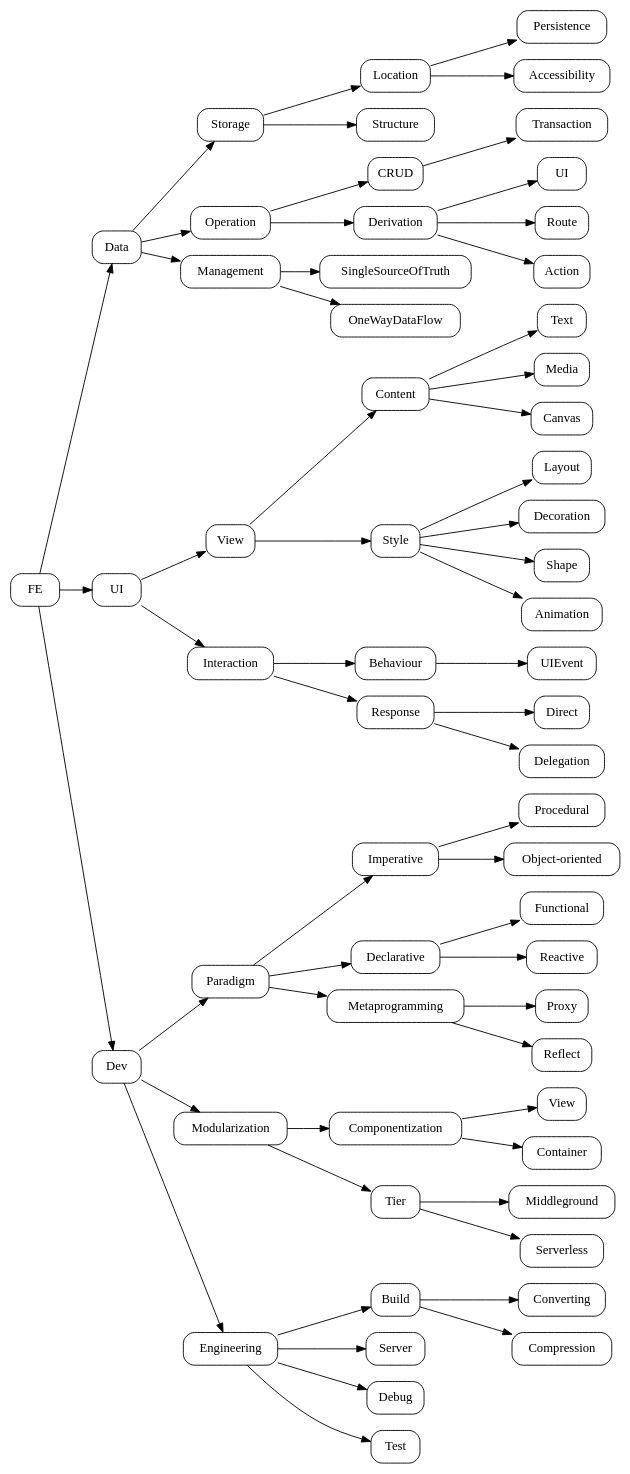
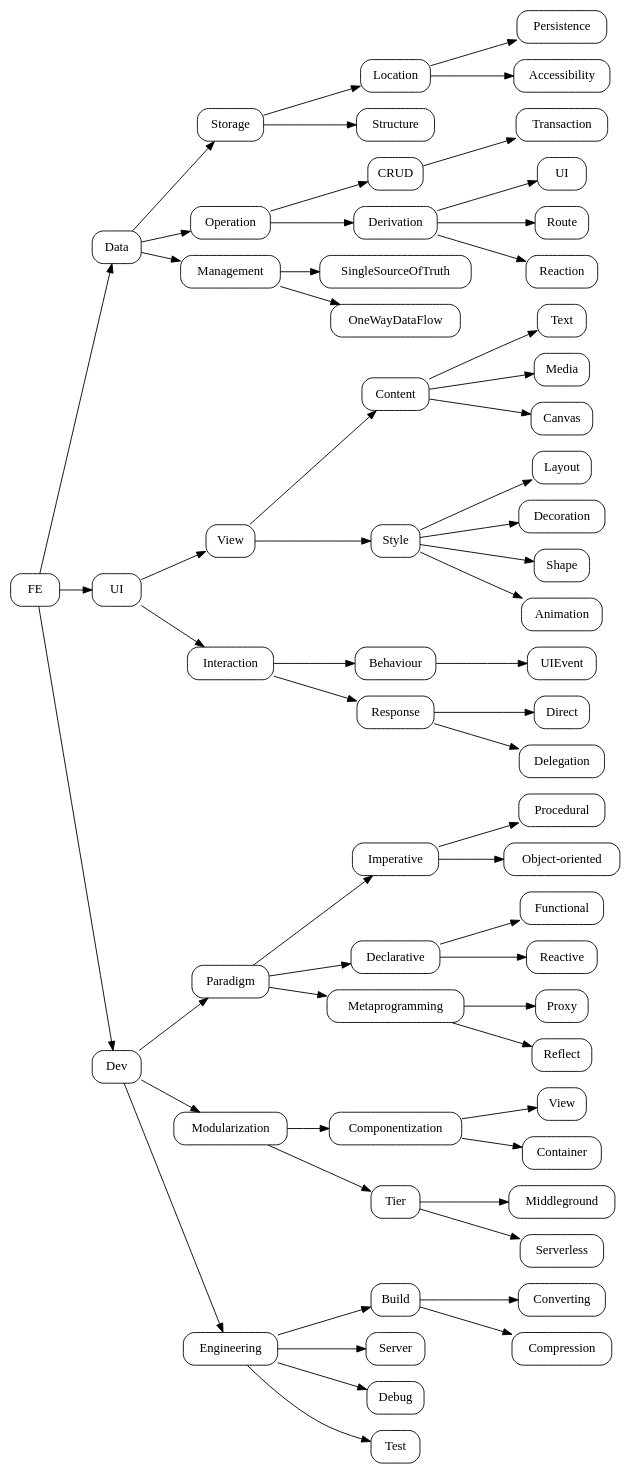
One commit to xhlsrj/psychic-journey changed the diagram in FE.TechArea.dot. Above: the diagram before and after it, drawn with Graphviz.

```diff
--- a/FE.TechArea.dot
+++ b/FE.TechArea.dot
@@ -1,106 +1,106 @@
 digraph FE{
   rankdir=LR
   node [shape="box",style="rounded"]
   {
     "Data.Data"[label="Data"]
     "UI.UI"[label="UI"]
     "Dev.Dev"[label="Dev"]
   }
 
   FE->{"Data.Data","UI.UI","Dev.Dev"}
 
   // Data
   {
     "Data.Storage"[label="Storage"]
       "Data.Location"[label="Location"]
         "Data.Persistence"[label="Persistence"]
         "Data.Accessibility"[label="Accessibility"]
       "Data.Structure"[label="Structure"]
     "Data.Operation"[label="Operation"]
       "Data.CRUD"[label="CRUD"]
       "Data.Transaction"[label="Transaction"]
       "Data.Derivation"[label="Derivation"]
         "Data.UI"[label="UI"]
         "Data.Route"[label="Route"]
-        "Data.Action"[label="Action"]
+        "Data.Reaction"[label="Reaction"]
     "Data.Management"[label="Management"]
       "Data.SingleSourceOfTruth"[label="SingleSourceOfTruth"]
       "Data.OneWayDataFlow"[label="OneWayDataFlow"]
   }
 
   {"Data.Data"}->{"Data.Storage","Data.Operation","Data.Management"}
     {"Data.Storage"}->{"Data.Location","Data.Structure"}
       {"Data.Location"}->{"Data.Persistence","Data.Accessibility"}
     {"Data.Operation"}->{"Data.CRUD","Data.Derivation"}
       {"Data.CRUD"}->{"Data.Transaction"}
-      {"Data.Derivation"}->{"Data.UI","Data.Route","Data.Action"}
+      {"Data.Derivation"}->{"Data.UI","Data.Route","Data.Reaction"}
     {"Data.Management"}->{"Data.SingleSourceOfTruth","Data.OneWayDataFlow"}
 
 
   // UI
   {
     "UI.View"[label="View"]
       "UI.Content"[label="Content"]
         "UI.Text"[label="Text"]
         "UI.Media"[label="Media"]
         "UI.Canvas"[label="Canvas"]
       "UI.Style"[label="Style"]
         "UI.Layout"[label="Layout"]
         "UI.Decoration"[label="Decoration"]
         "UI.Shape"[label="Shape"]
         "UI.Animation"[label="Animation"]
     "UI.Interaction"[label="Interaction"]
       "UI.Behaviour"[label="Behaviour"]
         "UI.UIEvent"[label="UIEvent"]
       "UI.Response"[label="Response"]
         "UI.Direct"[label="Direct"]
         "UI.Delegation"[label="Delegation"]
   }
 
   {"UI.UI"}->{"UI.View","UI.Interaction"}
     {"UI.View"}->{"UI.Content","UI.Style"}
       {"UI.Content"}->{"UI.Text","UI.Media","UI.Canvas"}
       {"UI.Style"}->{"UI.Layout","UI.Decoration","UI.Shape","UI.Animation"}
     {"UI.Interaction"}->{"UI.Behaviour","UI.Response"}
       {"UI.Behaviour"}->{"UI.UIEvent"}
       {"UI.Response"}->{"UI.Direct","UI.Delegation"}
 
   // Dev
   {
     "Dev.Paradigm"[label="Paradigm"]
       "Dev.Imperative"[label="Imperative"]
         "Dev.Procedural"[label="Procedural"]
         "Dev.Object-oriented"[label="Object-oriented"]
       "Dev.Declarative"[label="Declarative"]
         "Dev.Functional"[label="Functional"]
         "Dev.Reactive"[label="Reactive"]
       "Dev.Metaprogramming"[label="Metaprogramming"]
         "Dev.Proxy"[label="Proxy"]
         "Dev.Reflect"[label="Reflect"]
     "Dev.Modularization"[label="Modularization"]
       "Dev.Componentization"[label="Componentization"]
         "Dev.View"[label="View"]
         "Dev.Container"[label="Container"]
       "Dev.Tier"[label="Tier"]
         "Dev.Middleground"[label="Middleground"]
         "Dev.Serverless"[label="Serverless"]
     "Dev.Engineering"[label="Engineering"]
       "Dev.Build"[label="Build"]
         "Dev.Converting"[label="Converting"]
         "Dev.Compression"[label="Compression"]
       "Dev.Server"[label="Server"]
       "Dev.Debug"[label="Debug"]
       "Dev.Test"[label="Test"]
   }
 
   {"Dev.Dev"}->{"Dev.Paradigm","Dev.Modularization","Dev.Engineering"}
     {"Dev.Paradigm"}->{"Dev.Imperative","Dev.Declarative","Dev.Metaprogramming"}
       {"Dev.Imperative"}->{"Dev.Procedural","Dev.Object-oriented"}
       {"Dev.Declarative"}->{"Dev.Functional","Dev.Reactive"}
       {"Dev.Metaprogramming"}->{"Dev.Proxy","Dev.Reflect"}
     {"Dev.Modularization"}->{"Dev.Componentization","Dev.Tier"}
       {"Dev.Componentization"}->{"Dev.View","Dev.Container"}
       {"Dev.Tier"}->{"Dev.Middleground","Dev.Serverless"}
     {"Dev.Engineering"}->{"Dev.Build","Dev.Server","Dev.Debug","Dev.Test"}
       {"Dev.Build"}->{"Dev.Converting","Dev.Compression"}
 }
```
